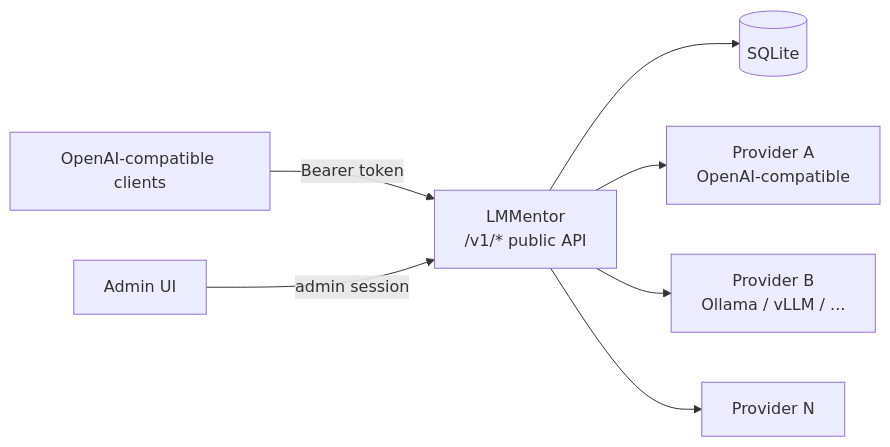
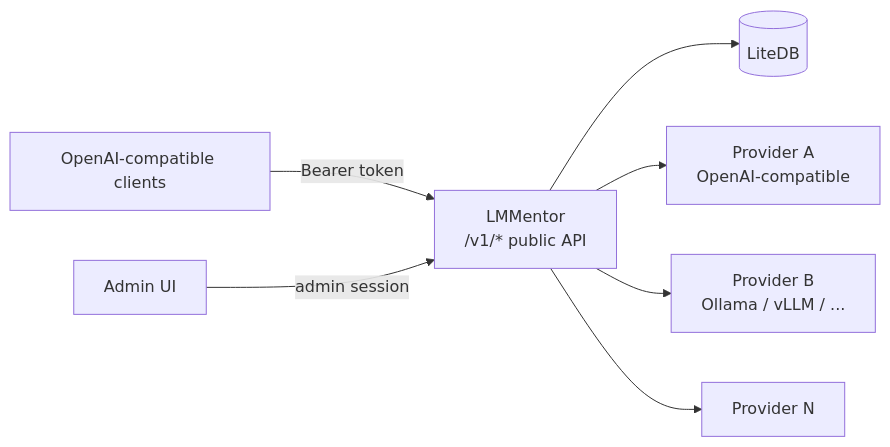
The diagram in IDEA.md (icavalheiro/lmmentor), drawn with Mermaid before and after one commit. The commit also changed other lines of this file, not shown here.

````diff
--- a/IDEA.md
+++ b/IDEA.md
@@ -59,9 +62,9 @@
 ```mermaid
 flowchart LR
     C[OpenAI-compatible clients] -->|Bearer token| GW[LMMentor<br/>/v1/* public API]
     UI[Admin UI] -->|admin session| GW
-    GW --> DB[(SQLite)]
+    GW --> DB[(LiteDB)]
     GW --> P1[Provider A<br/>OpenAI-compatible]
     GW --> P2[Provider B<br/>Ollama / vLLM / ...]
     GW --> P3[Provider N]
 ```
````
